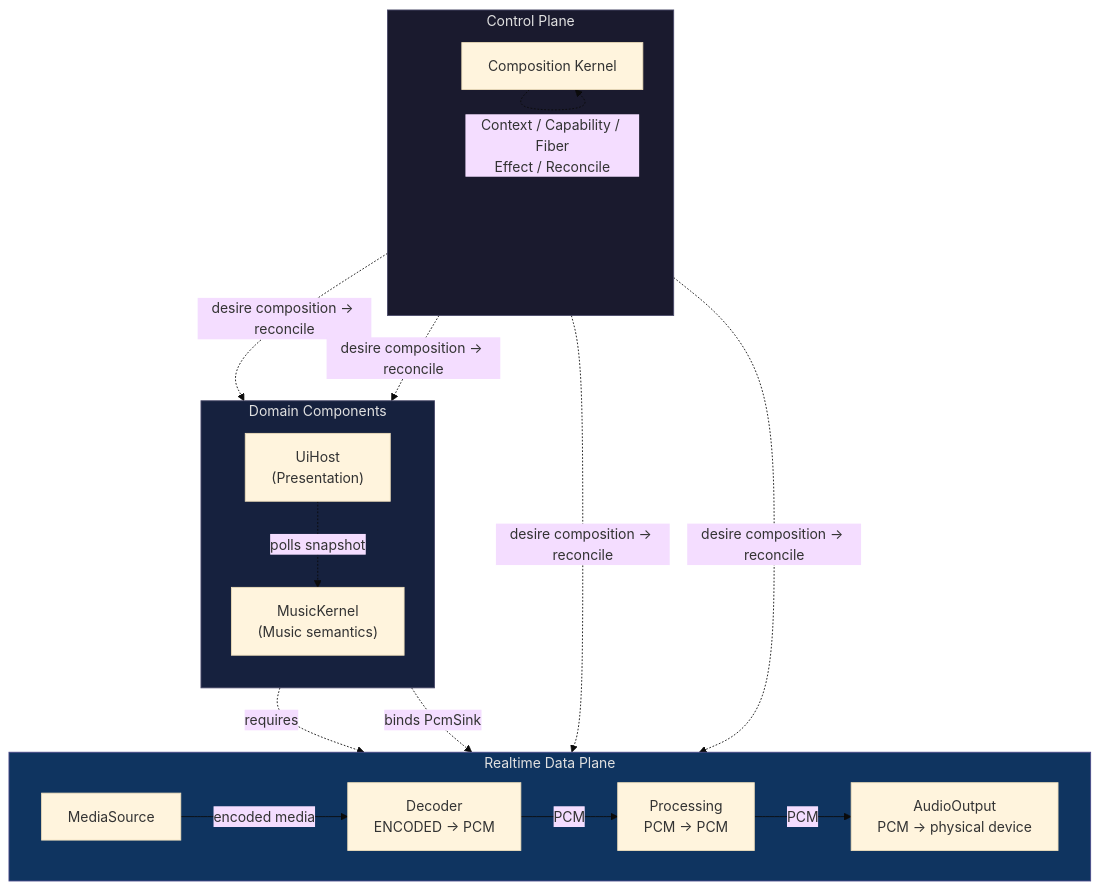
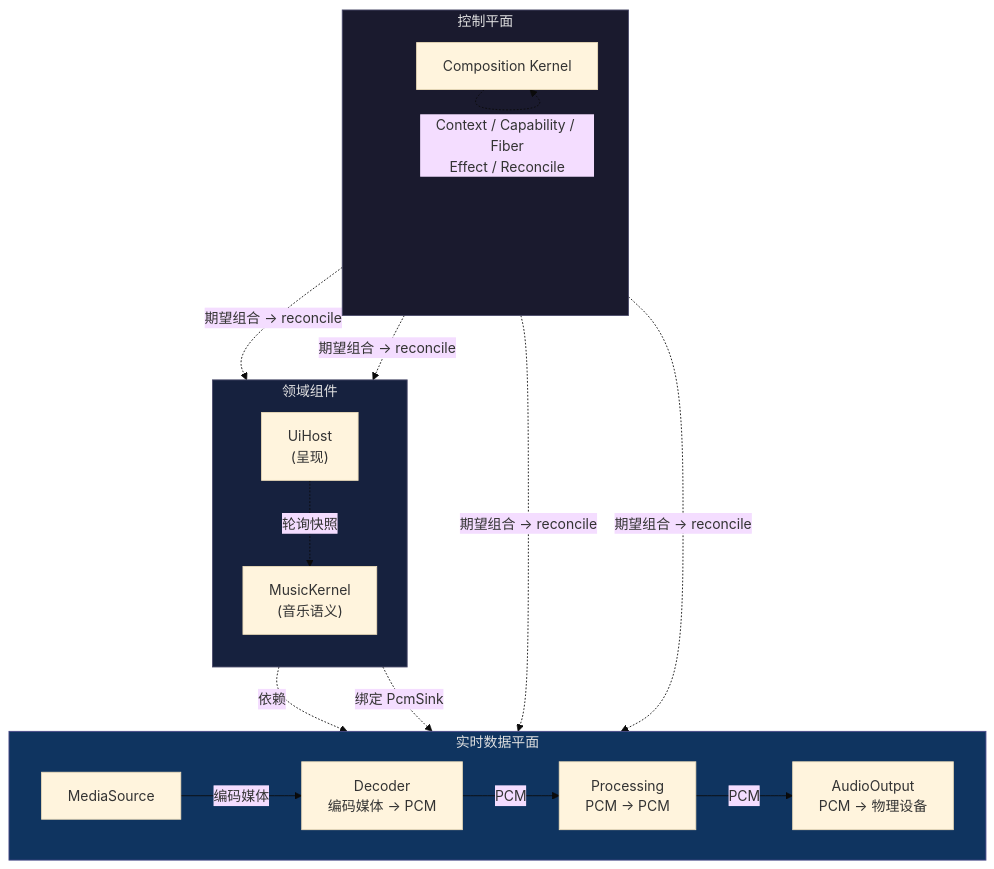
The first of 2 diagrams in website/architecture/index.md (jnhu76/qianqian), drawn with Mermaid (base theme) before and after one commit. The commit also changed other lines of this file and 22 other files, not shown here.

````diff
--- a/website/architecture/index.md
+++ b/website/architecture/index.md
@@ -56,34 +56,34 @@
 ```mermaid
 flowchart TB
-    subgraph ControlPlane["Control Plane"]
+    subgraph ControlPlane["控制平面"]
         direction TB
         CK["Composition Kernel"]
         CK -."Context / Capability / Fiber<br/>Effect / Reconcile".-> CK
     end
 
-    subgraph DataPlane["Realtime Data Plane"]
+    subgraph DataPlane["实时数据平面"]
         direction LR
-        MS["MediaSource"] -->|encoded media| DEC["Decoder<br/>ENCODED → PCM"]
+        MS["MediaSource"] -->|编码媒体| DEC["Decoder<br/>编码媒体 → PCM"]
         DEC -->|PCM| PRO["Processing<br/>PCM → PCM"]
-        PRO -->|PCM| AOUT["AudioOutput<br/>PCM → physical device"]
+        PRO -->|PCM| AOUT["AudioOutput<br/>PCM → 物理设备"]
     end
 
-    subgraph Domains["Domain Components"]
+    subgraph Domains["领域组件"]
         direction TB
-        MK["MusicKernel<br/>(Music semantics)"]
-        UH["UiHost<br/>(Presentation)"]
+        MK["MusicKernel<br/>(音乐语义)"]
+        UH["UiHost<br/>(呈现)"]
     end
 
-    MK -.->|requires| DEC
-    MK -.->|binds PcmSink| AOUT
-    UH -.->|polls snapshot| MK
+    MK -.->|依赖| DEC
+    MK -.->|绑定 PcmSink| AOUT
+    UH -.->|轮询快照| MK
 
-    CK -.->|"desire composition → reconcile"| MK
-    CK -.->|"desire composition → reconcile"| DEC
-    CK -.->|"desire composition → reconcile"| AOUT
-    CK -.->|"desire composition → reconcile"| UH
+    CK -.->|"期望组合 → reconcile"| MK
+    CK -.->|"期望组合 → reconcile"| DEC
+    CK -.->|"期望组合 → reconcile"| AOUT
+    CK -.->|"期望组合 → reconcile"| UH
 
     style ControlPlane fill:#1a1a2e,stroke:#4a4a6a,color:#e0e0e0
     style DataPlane fill:#0f3460,stroke:#4a4a8a,color:#e0e0e0
     style Domains fill:#16213e,stroke:#4a4a6a,color:#e0e0e0
 ```
````
